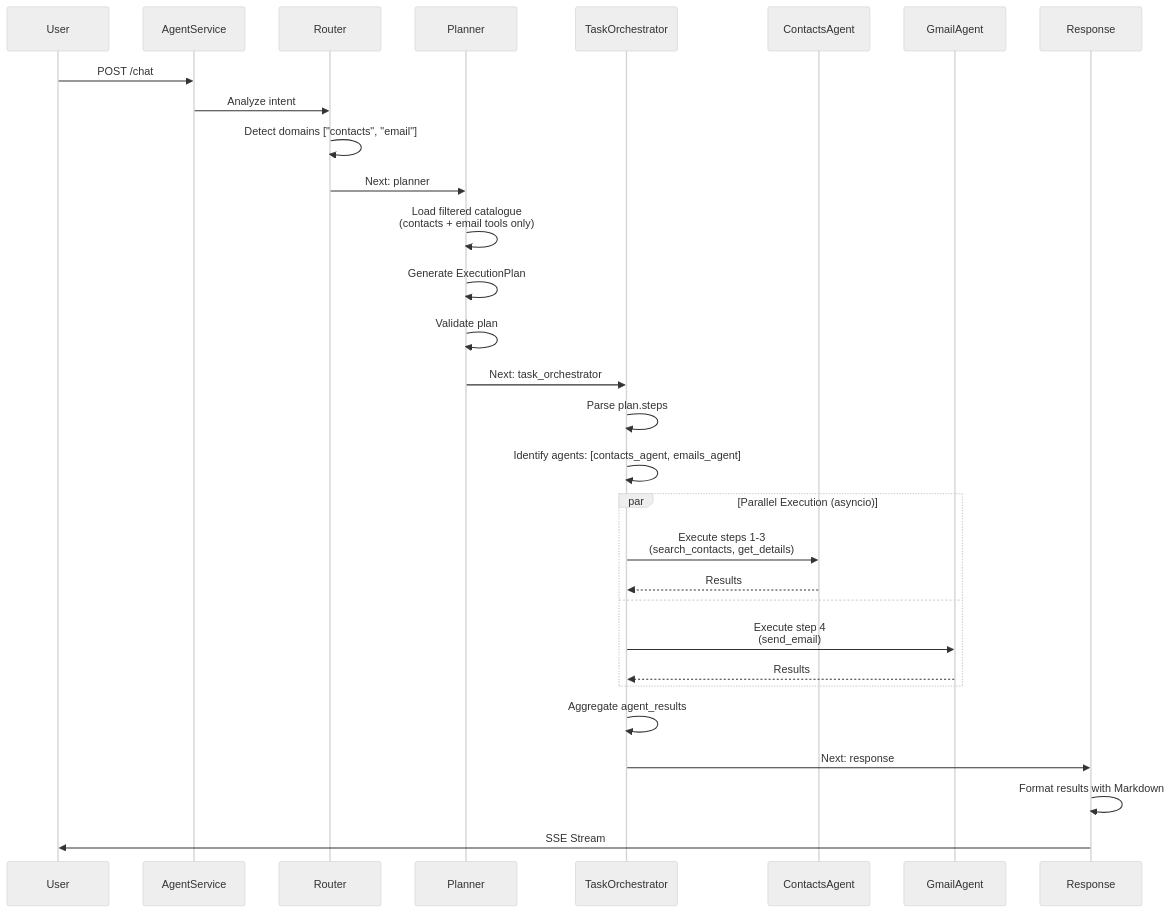
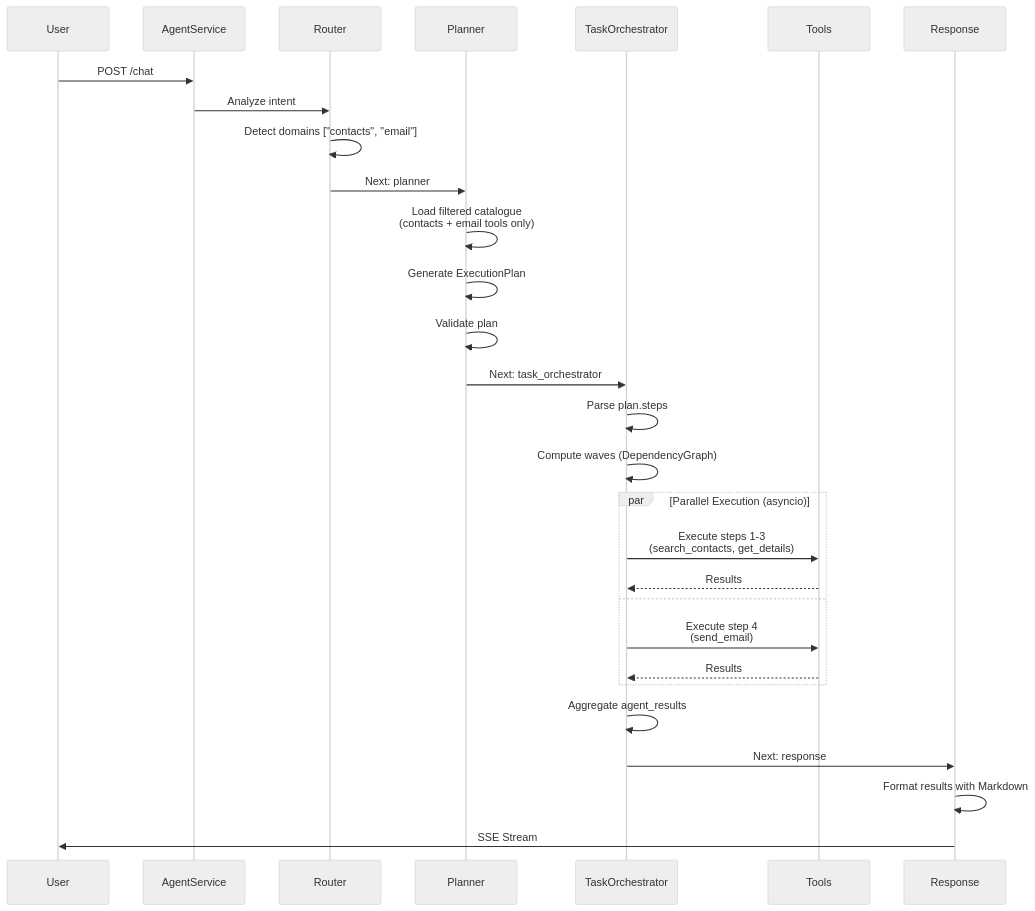
One commit to jgouviergmail/LIA-Assistant changed the second of 6 diagrams in docs/technical/AGENTS.md. Above: the diagram before and after it, drawn with Mermaid (neutral theme). The commit also changed other lines of this file and 612 other files, not shown here.

````diff
--- a/docs/technical/AGENTS.md
+++ b/docs/technical/AGENTS.md
@@ -260,38 +237,37 @@
 ```mermaid
 sequenceDiagram
     participant User
     participant AgentService
     participant Router
     participant Planner
     participant TaskOrchestrator
-    participant ContactsAgent
-    participant GmailAgent
+    participant Tools
     participant Response
 
     User->>AgentService: POST /chat
     AgentService->>Router: Analyze intent
     Router->>Router: Detect domains ["contacts", "email"]
     Router->>Planner: Next: planner
 
     Planner->>Planner: Load filtered catalogue<br/>(contacts + email tools only)
     Planner->>Planner: Generate ExecutionPlan
     Planner->>Planner: Validate plan
     Planner->>TaskOrchestrator: Next: task_orchestrator
 
     TaskOrchestrator->>TaskOrchestrator: Parse plan.steps
-    TaskOrchestrator->>TaskOrchestrator: Identify agents: [contacts_agent, emails_agent]
+    TaskOrchestrator->>TaskOrchestrator: Compute waves (DependencyGraph)
 
     par Parallel Execution (asyncio)
-        TaskOrchestrator->>ContactsAgent: Execute steps 1-3<br/>(search_contacts, get_details)
-        ContactsAgent-->>TaskOrchestrator: Results
+        TaskOrchestrator->>Tools: Execute steps 1-3<br/>(search_contacts, get_details)
+        Tools-->>TaskOrchestrator: Results
     and
-        TaskOrchestrator->>GmailAgent: Execute step 4<br/>(send_email)
-        GmailAgent-->>TaskOrchestrator: Results
+        TaskOrchestrator->>Tools: Execute step 4<br/>(send_email)
+        Tools-->>TaskOrchestrator: Results
     end
 
     TaskOrchestrator->>TaskOrchestrator: Aggregate agent_results
     TaskOrchestrator->>Response: Next: response
 
     Response->>Response: Format results with Markdown
     Response->>User: SSE Stream
 ```
````
